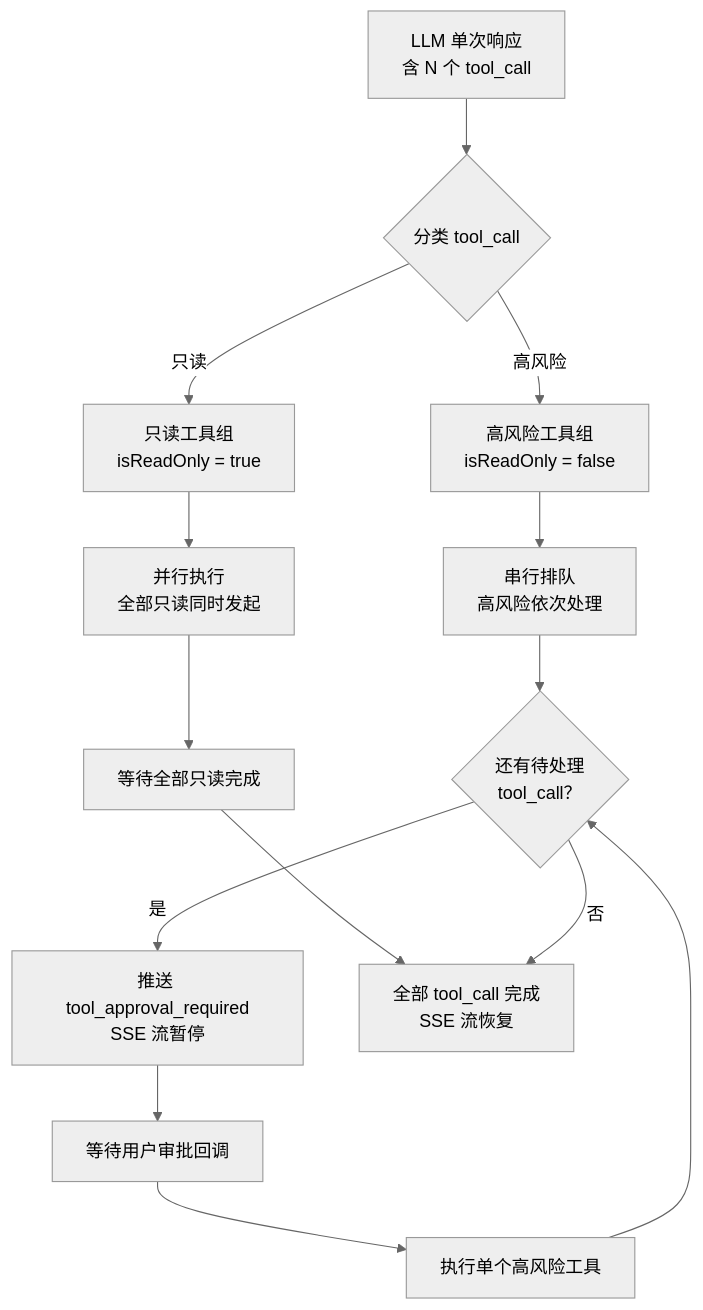
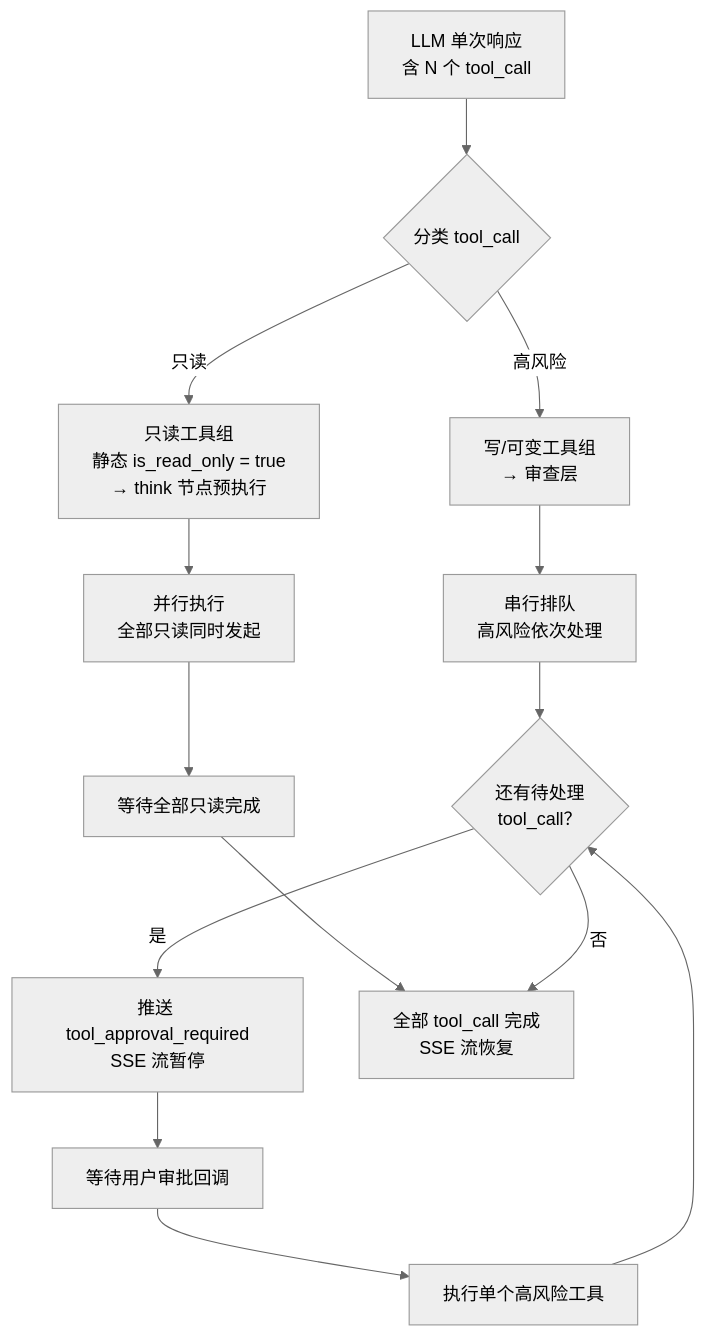
Before and after one commit to nazzeDe/alascup-agent: the seventh of 10 diagrams in web-server/graph.md, drawn with Mermaid (neutral theme). The commit also changed other lines of this file and 2 other files, not shown here.

First line of the commit message:
docs: align review flow, SSE fields, graph topology with implementation

````diff
--- a/web-server/graph.md
+++ b/web-server/graph.md
@@ -383,31 +394,31 @@
 ```mermaid
 flowchart TD
     %% 声明
     llm_multi_response["LLM 单次响应<br/>含 N 个 tool_call"]
     classify{"分类 tool_call"}
-    readonly_group["只读工具组<br/>isReadOnly = true"]
-    highrisk_group["高风险工具组<br/>isReadOnly = false"]
+    readonly_group["只读工具组<br/>静态 is_read_only = true<br/>→ think 节点预执行"]
+    highrisk_group["写/可变工具组<br/>→ 审查层"]
     parallel_exec["并行执行<br/>全部只读同时发起"]
     parallel_wait["等待全部只读完成"]
     serial_queue["串行排队<br/>高风险依次处理"]
     has_next{"还有待处理<br/>tool_call？"}
     push_approval["推送 tool_approval_required<br/>SSE 流暂停"]
     wait_user["等待用户审批回调"]
     execute_one["执行单个高风险工具"]
     merge_done["全部 tool_call 完成<br/>SSE 流恢复"]
 
     %% 连线
     llm_multi_response --> classify
     classify -- "只读" --> readonly_group
     classify -- "高风险" --> highrisk_group
     readonly_group --> parallel_exec
     parallel_exec --> parallel_wait
     highrisk_group --> serial_queue
     serial_queue --> has_next
     has_next -- "是" --> push_approval
     push_approval --> wait_user
     wait_user --> execute_one
     execute_one --> has_next
     parallel_wait --> merge_done
     has_next -- "否" --> merge_done
 ```
````
